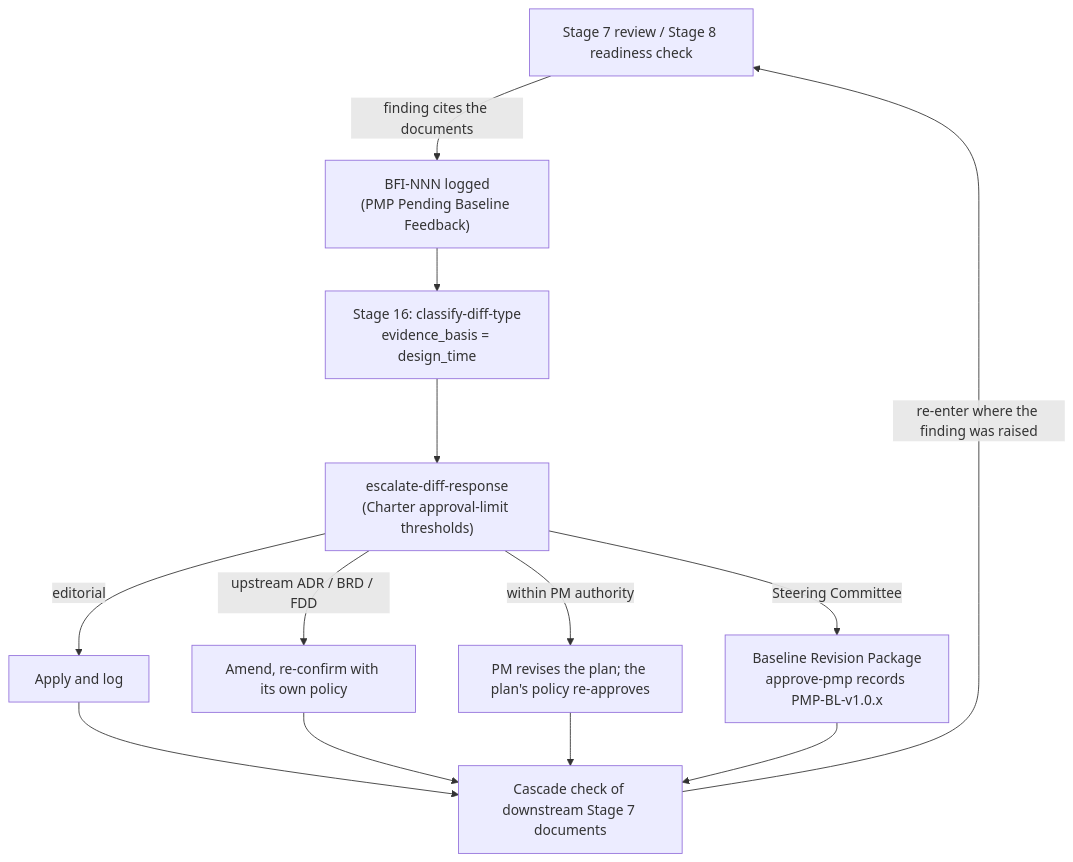
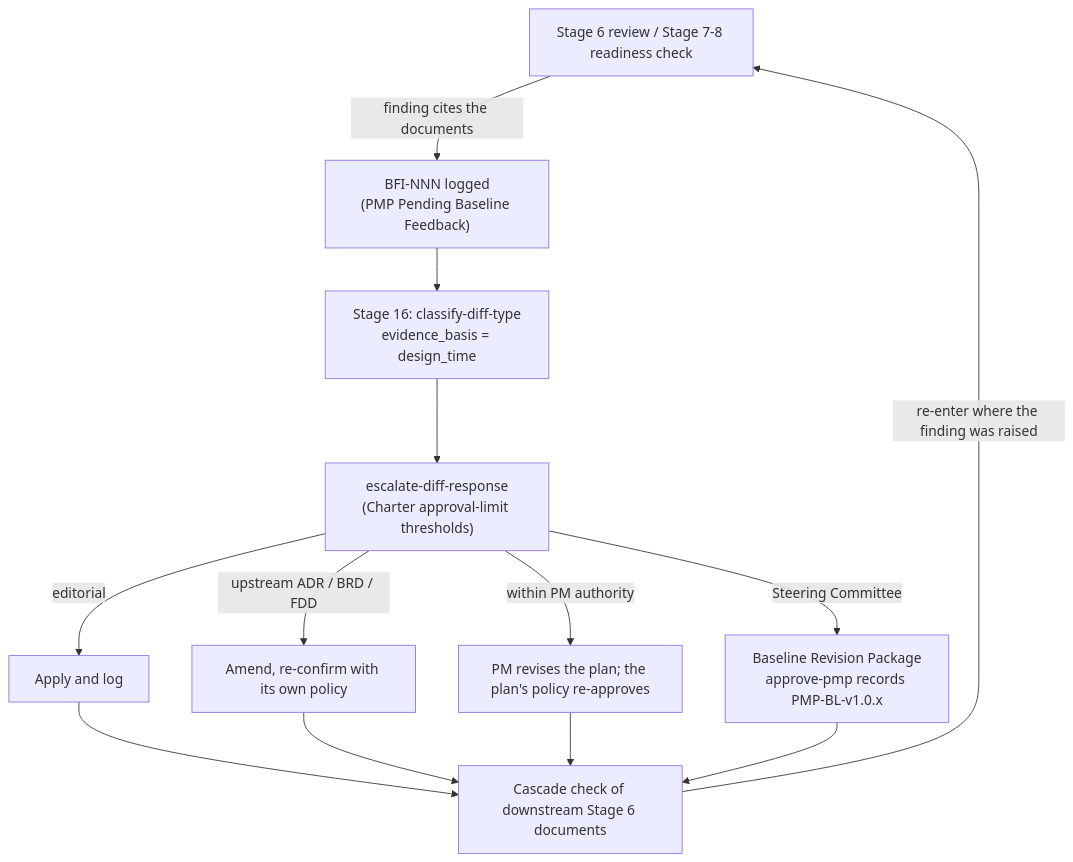
Before and after one commit to mdresch/agent-learning: the second of 2 diagrams in docs/intent-to-outcome-chain-coverage.md, drawn with Mermaid. The commit also changed other lines of this file and 3 other files, not shown here.

Commit message:
docs(lifecycle): rectify Stage 6 Requirements, Stage 7 PMP Baselines, and Stage 8 Implementation Readiness Gate

````diff
--- a/docs/intent-to-outcome-chain-coverage.md
+++ b/docs/intent-to-outcome-chain-coverage.md
@@ -95,15 +93,15 @@
 ```mermaid
 flowchart TD
-    R["Stage 7 review / Stage 8 readiness check"] -->|"finding cites the documents"| B["BFI-NNN logged<br/>(PMP Pending Baseline Feedback)"]
+    R["Stage 6 review / Stage 7-8 readiness check"] -->|"finding cites the documents"| B["BFI-NNN logged<br/>(PMP Pending Baseline Feedback)"]
     B --> C["Stage 16: classify-diff-type<br/>evidence_basis = design_time"]
     C --> E["escalate-diff-response<br/>(Charter approval-limit thresholds)"]
     E -->|"editorial"| ED["Apply and log"]
     E -->|"upstream ADR / BRD / FDD"| UP["Amend, re-confirm with its own policy"]
     E -->|"within PM authority"| PM["PM revises the plan; the plan's policy re-approves"]
     E -->|"Steering Committee"| BRP["Baseline Revision Package<br/>approve-pmp records PMP-BL-v1.0.x"]
-    ED --> X["Cascade check of downstream Stage 7 documents"]
+    ED --> X["Cascade check of downstream Stage 6 documents"]
     UP --> X
     PM --> X
     BRP --> X
     X -->|"re-enter where the finding was raised"| R
 ```
````
